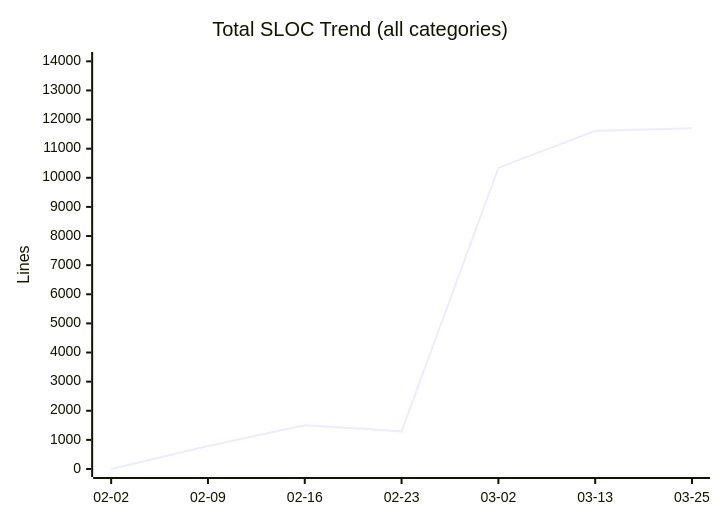
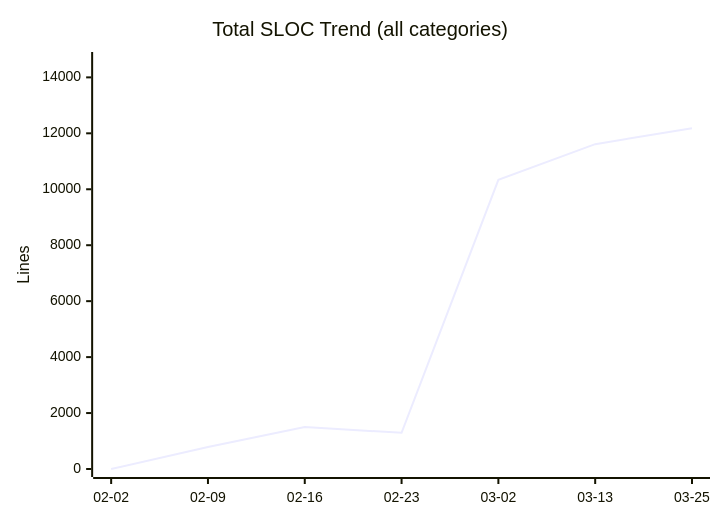
One commit to nablarch/nabledge-dev changed the eighth of 14 diagrams in docs/metrics.md. Above: the diagram before and after it, drawn with Mermaid. The commit also changed other lines of this file, not shown here.

````diff
--- a/docs/metrics.md
+++ b/docs/metrics.md
@@ -121,7 +121,7 @@
 ```mermaid
 xychart-beta
   title "Total SLOC Trend (all categories)"
   x-axis ["02-02", "02-09", "02-16", "02-23", "03-02", "03-13", "03-25"]
-  y-axis "Lines" 0 --> 14045
-  line [0, 789, 1503, 1293, 10339, 11613, 11704]
+  y-axis "Lines" 0 --> 14621
+  line [0, 789, 1503, 1293, 10339, 11613, 12184]
 ```
````
